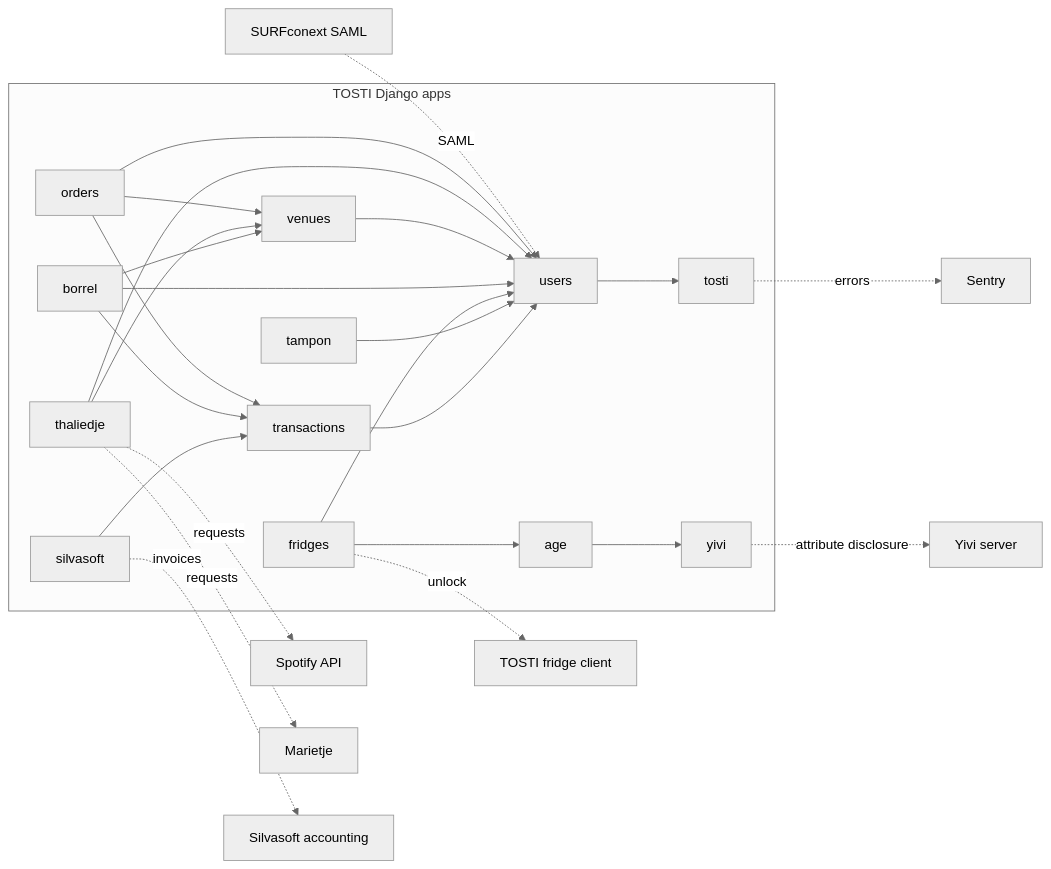
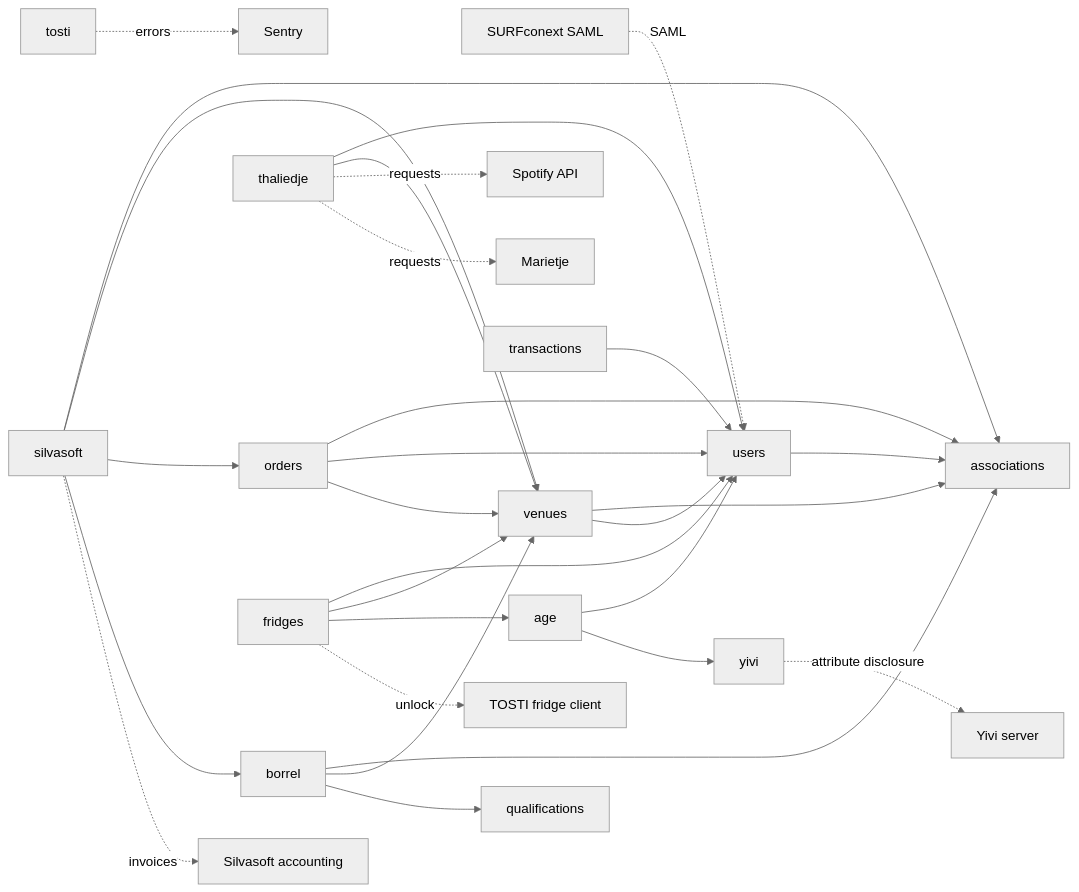
The first of 2 diagrams in README.md (KiOui/TOSTI), drawn with Mermaid (neutral theme) before and after one commit. The commit also changed other lines of this file and 5 other files, not shown here.

First line of the commit message:
Fix architecture graph to reflect real imports

````diff
--- a/README.md
+++ b/README.md
@@ -45,49 +45,53 @@
 ```mermaid
 graph LR
     SURFconext[SURFconext SAML]
     Sentry[Sentry]
     Spotify[Spotify API]
     Marietje[Marietje]
     Yivi[Yivi server]
     Silvasoft[Silvasoft accounting]
     FridgeClient[TOSTI fridge client]
 
-    subgraph "TOSTI Django apps"
-        users[users]
-        tosti[tosti]
-        orders[orders]
-        thaliedje[thaliedje]
-        venues[venues]
-        borrel[borrel]
-        fridges[fridges]
-        age[age]
-        yivi_app[yivi]
-        tampon[tampon]
-        transactions[transactions]
-        silvasoft_app[silvasoft]
-    end
+    tosti[tosti]
+    associations[associations]
+    users[users]
+    venues[venues]
+    orders[orders]
+    transactions[transactions]
+    thaliedje[thaliedje]
+    qualifications[qualifications]
+    borrel[borrel]
+    yivi_app[yivi]
+    age[age]
+    fridges[fridges]
+    silvasoft_app[silvasoft]
 
     SURFconext -. SAML .-> users
-    users --> tosti
+    users --> associations
+    venues --> associations
+    venues --> users
+    orders --> associations
     orders --> users
     orders --> venues
-    orders --> transactions
+    transactions --> users
     thaliedje --> users
     thaliedje --> venues
     thaliedje -. requests .-> Spotify
     thaliedje -. requests .-> Marietje
-    venues --> users
+    borrel --> associations
     borrel --> venues
-    borrel --> users
-    borrel --> transactions
+    borrel --> qualifications
+    age --> users
+    age --> yivi_app
+    yivi_app -. attribute disclosure .-> Yivi
     fridges --> users
+    fridges --> venues
     fridges --> age
     fridges -. unlock .-> FridgeClient
-    age --> yivi_app
-    yivi_app -. attribute disclosure .-> Yivi
-    tampon --> users
-    transactions --> users
-    silvasoft_app --> transactions
+    silvasoft_app --> associations
+    silvasoft_app --> venues
+    silvasoft_app --> orders
+    silvasoft_app --> borrel
     silvasoft_app -. invoices .-> Silvasoft
     tosti -. errors .-> Sentry
 ```
````
